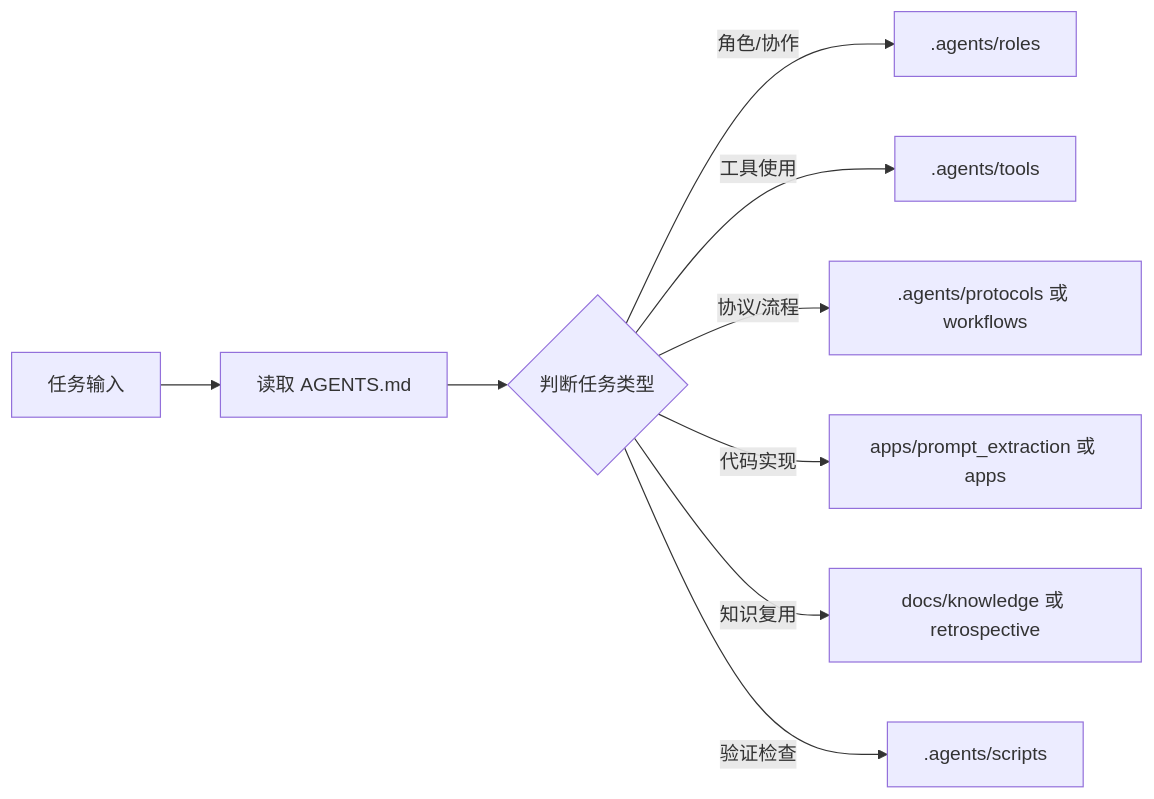
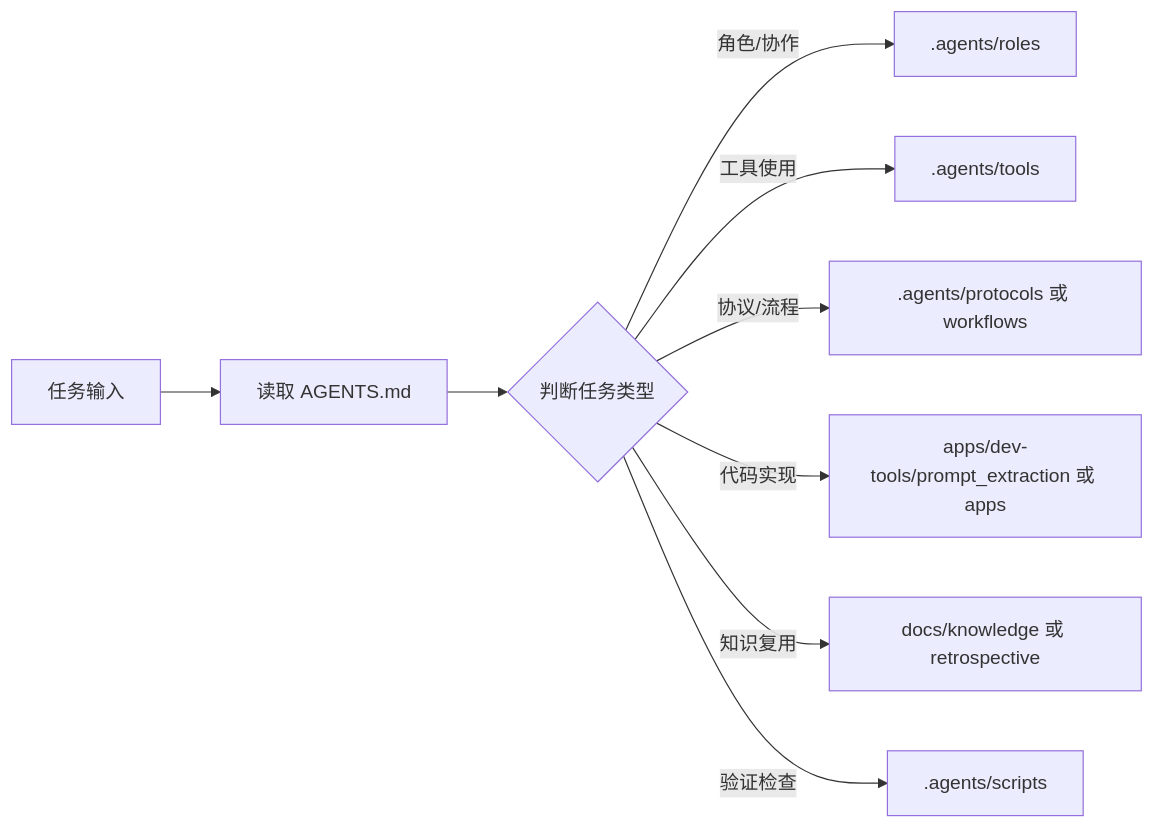
One commit to xinetzone/SpecWeave changed the second of 7 diagrams in .agents/docs/code-wiki/architecture.md. Above: the diagram before and after it, drawn with Mermaid. The commit also changed other lines of this file and 640 other files, not shown here.

````diff
--- a/.agents/docs/code-wiki/architecture.md
+++ b/.agents/docs/code-wiki/architecture.md
@@ -39,11 +39,11 @@
 ```mermaid
 flowchart LR
     A["任务输入"] --> B["读取 AGENTS.md"]
     B --> C{"判断任务类型"}
     C -->|"角色/协作"| D[.agents/roles]
     C -->|"工具使用"| E[.agents/tools]
     C -->|"协议/流程"| F[".agents/protocols 或 workflows"]
-    C -->|"代码实现"| G["apps/prompt_extraction 或 apps"]
+    C -->|"代码实现"| G["apps/dev-tools/prompt_extraction 或 apps"]
     C -->|"知识复用"| H["docs/knowledge 或 retrospective"]
     C -->|"验证检查"| I[.agents/scripts]
 ```
````
